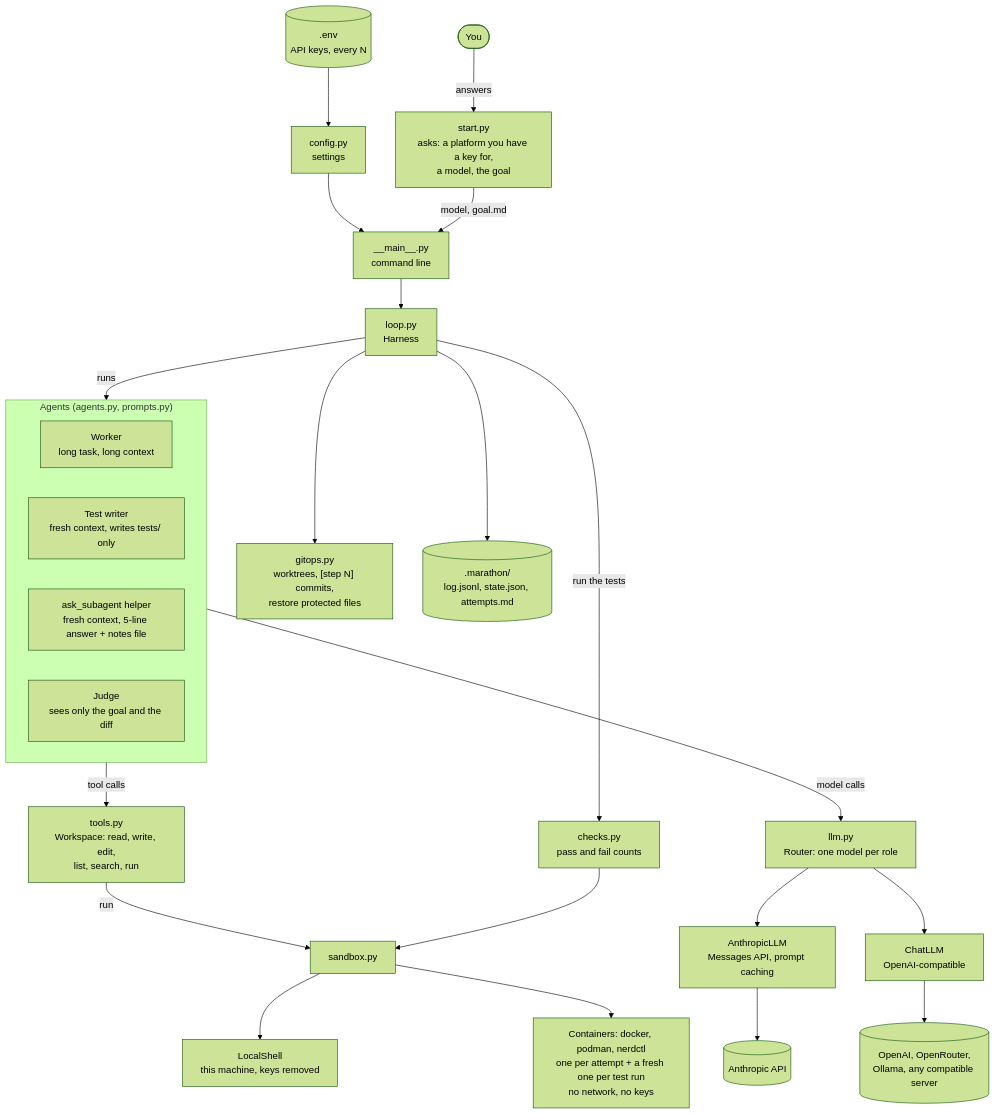
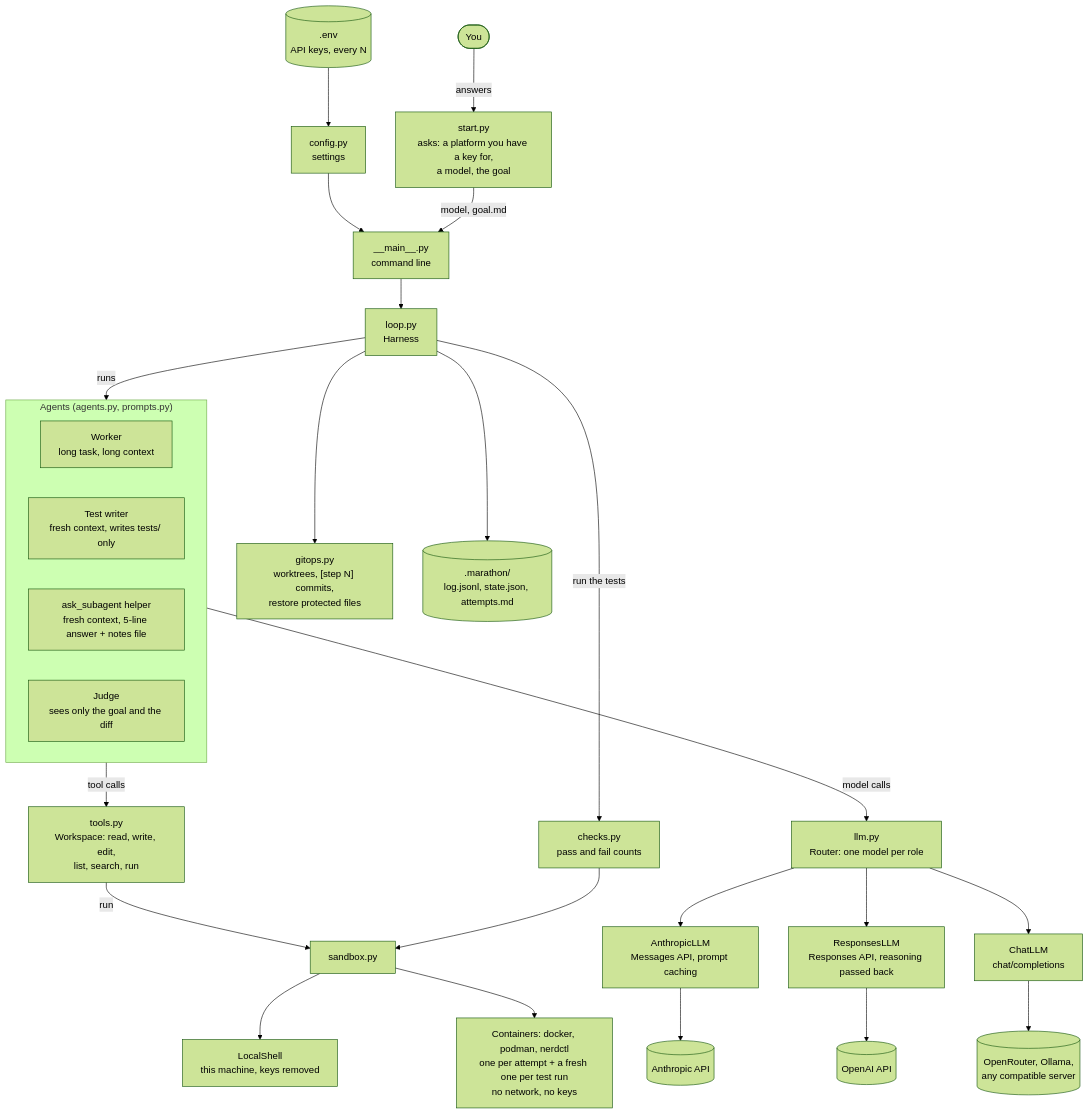
One commit to ravivats/marathon-agent changed the first of 3 diagrams in docs/architecture.md. Above: the diagram before and after it, drawn with Mermaid (forest theme). The commit also changed other lines of this file and 9 other files, not shown here.

Commit message:
(RV) (feat) OpenAI through the Responses API; find Colima's Docker socket

````diff
--- a/docs/architecture.md
+++ b/docs/architecture.md
@@ -13,33 +13,35 @@
 ```mermaid
 flowchart TB
     you(["You"]) -->|"answers"| startq["start.py<br/>asks: a platform you have a key for,<br/>a model, the goal"]
     env[(".env<br/>API keys, every N")] --> config["config.py<br/>settings"]
     config --> cli["__main__.py<br/>command line"]
     startq -->|"model, goal.md"| cli
     cli --> harness["loop.py<br/>Harness"]
 
     harness --> git["gitops.py<br/>worktrees, [step N] commits,<br/>restore protected files"]
     harness --> state[(".marathon/<br/>log.jsonl, state.json, attempts.md")]
     harness -->|"runs"| roles
 
     subgraph roles["Agents (agents.py, prompts.py)"]
         direction LR
         worker["Worker<br/>long task, long context"]
         tw["Test writer<br/>fresh context, writes tests/ only"]
         helper["ask_subagent helper<br/>fresh context, 5-line answer + notes file"]
         judge["Judge<br/>sees only the goal and the diff"]
     end
 
     roles -->|"model calls"| router["llm.py<br/>Router: one model per role"]
     router --> anthropic["AnthropicLLM<br/>Messages API, prompt caching"]
-    router --> chat["ChatLLM<br/>OpenAI-compatible"]
+    router --> responses["ResponsesLLM<br/>Responses API, reasoning passed back"]
+    router --> chat["ChatLLM<br/>chat/completions"]
     anthropic --> claude[("Anthropic API")]
-    chat --> others[("OpenAI, OpenRouter,<br/>Ollama, any compatible server")]
+    responses --> openai[("OpenAI API")]
+    chat --> others[("OpenRouter, Ollama,<br/>any compatible server")]
 
     roles -->|"tool calls"| tools["tools.py<br/>Workspace: read, write, edit,<br/>list, search, run"]
     harness -->|"run the tests"| checks["checks.py<br/>pass and fail counts"]
     tools -->|"run"| sandbox["sandbox.py"]
     checks --> sandbox
     sandbox --> local["LocalShell<br/>this machine, keys removed"]
     sandbox --> containers["Containers: docker, podman, nerdctl<br/>one per attempt + a fresh one per test run<br/>no network, no keys"]
 ```
````
